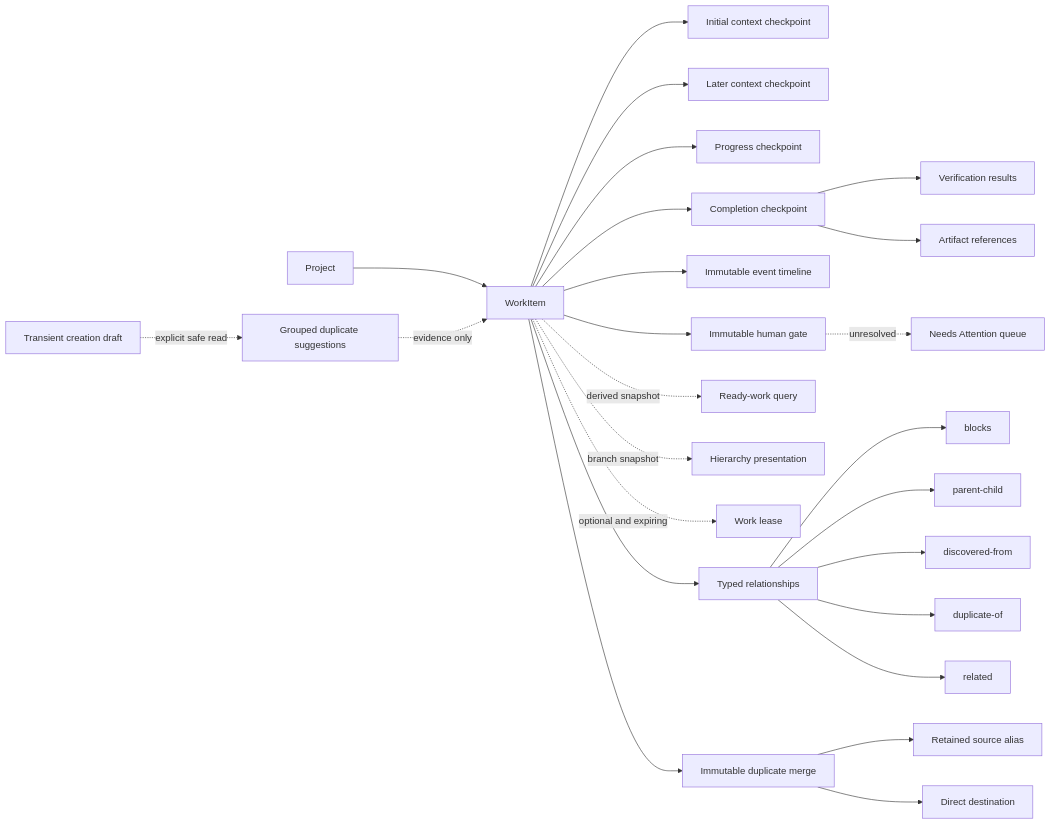
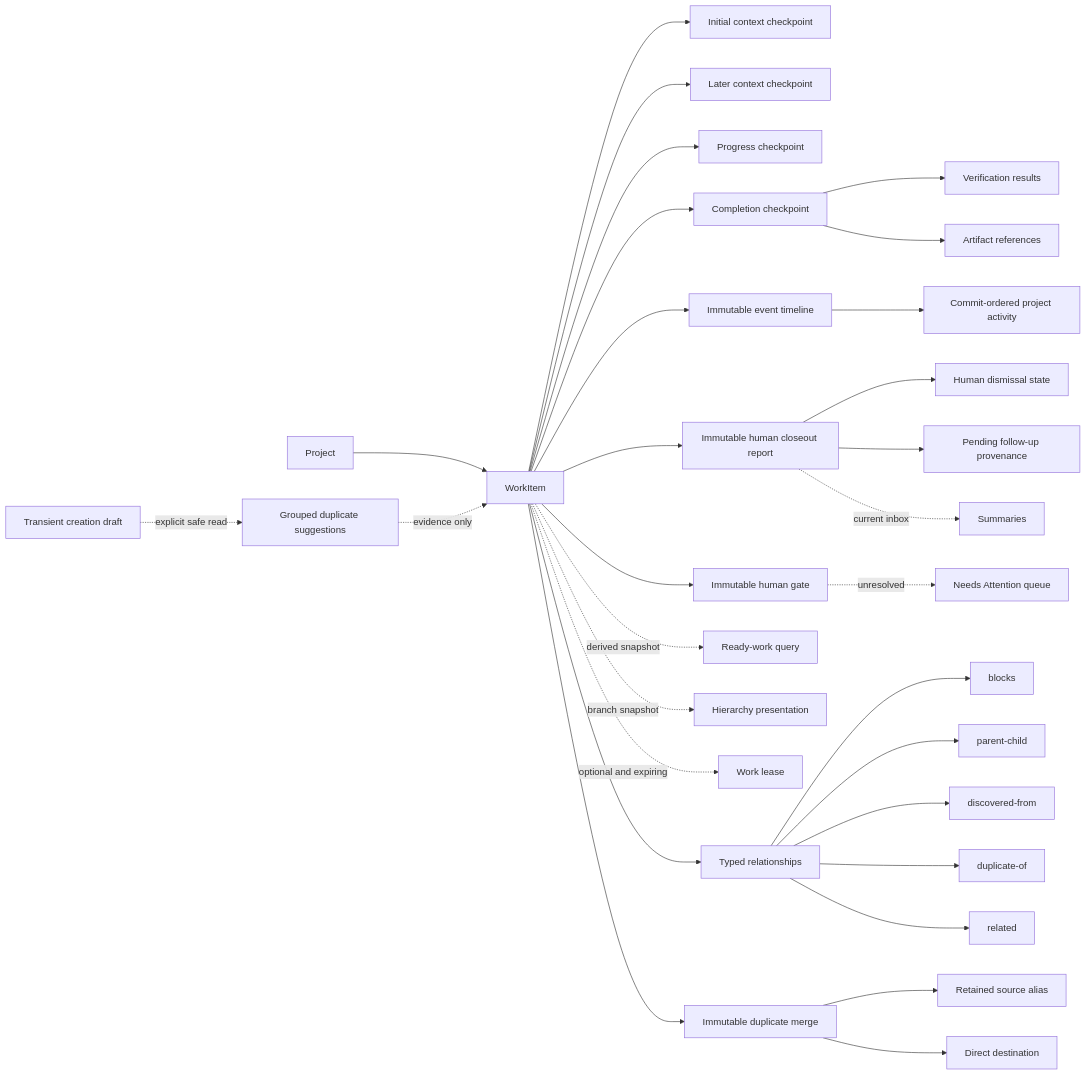
Before and after one commit to RightBrain-Networks/mnemonic: the first of 2 diagrams in docs/architecture.md, drawn with Mermaid. The commit also changed other lines of this file and 161 other files, not shown here.

First line of the commit message:
Add project activity and human completion reports (#39)

````diff
--- a/docs/architecture.md
+++ b/docs/architecture.md
@@ -15,27 +31,32 @@
 ```mermaid
 flowchart LR
     Project --> WorkItem
     WorkItem --> Initial[Initial context checkpoint]
     WorkItem --> Context[Later context checkpoint]
     WorkItem --> Progress[Progress checkpoint]
     WorkItem --> Completion[Completion checkpoint]
     Completion --> Verification[Verification results]
     Completion --> Artifact[Artifact references]
     WorkItem --> Event[Immutable event timeline]
+    Event --> Activity[Commit-ordered project activity]
+    WorkItem --> Report[Immutable human closeout report]
+    Report --> Review[Human dismissal state]
+    Report --> FollowUp[Pending follow-up provenance]
+    Report -. current inbox .-> Summaries[Summaries]
     WorkItem --> Gate[Immutable human gate]
     Gate -. unresolved .-> Attention[Needs Attention queue]
     WorkItem -. derived snapshot .-> Ready[Ready-work query]
     WorkItem -. branch snapshot .-> Presentation[Hierarchy presentation]
     WorkItem -. optional and expiring .-> Lease[Work lease]
     WorkItem --> Graph[Typed relationships]
     Graph --> Blocks[blocks]
     Graph --> Parent[parent-child]
     Graph --> Discovery[discovered-from]
     Graph --> Duplicate[duplicate-of]
     Graph --> Related[related]
     WorkItem --> Merge[Immutable duplicate merge]
     Merge --> Alias[Retained source alias]
     Merge --> Canonical[Direct destination]
     Draft[Transient creation draft] -. explicit safe read .-> Suggestion[Grouped duplicate suggestions]
     Suggestion -. evidence only .-> WorkItem
 ```
````
